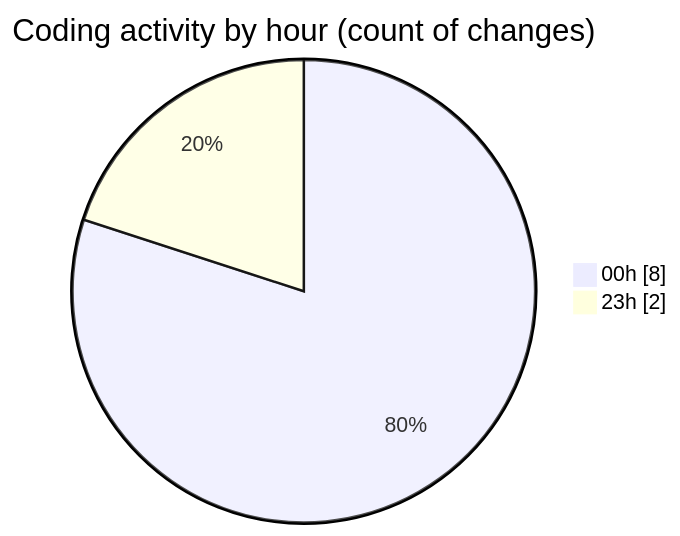
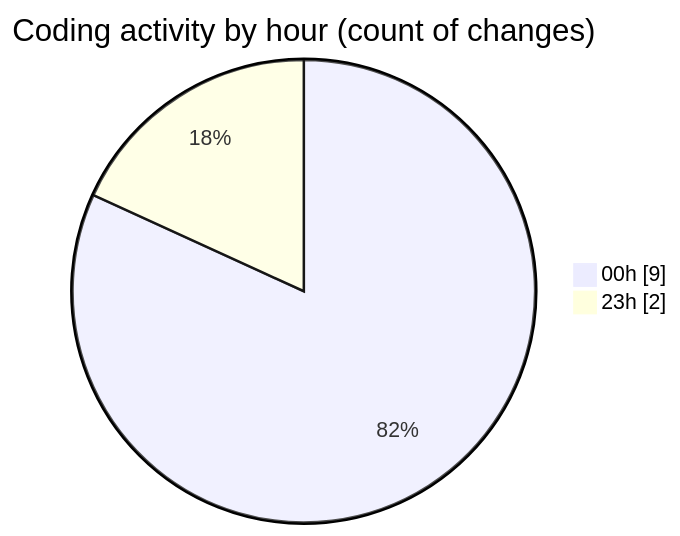
Before and after one commit to Elitesun/code-tracking: the second of 2 diagrams in 2025-01-31/react/README.md, drawn with Mermaid. The commit also changed other lines of this file and 1 other file, not shown here.

````diff
--- a/2025-01-31/react/README.md
+++ b/2025-01-31/react/README.md
@@ -28,6 +30,6 @@
 ```mermaid
 pie showData
 title Coding activity by hour (count of changes)
-"00h" : 8
+"00h" : 9
 "23h" : 2
 ```
````
